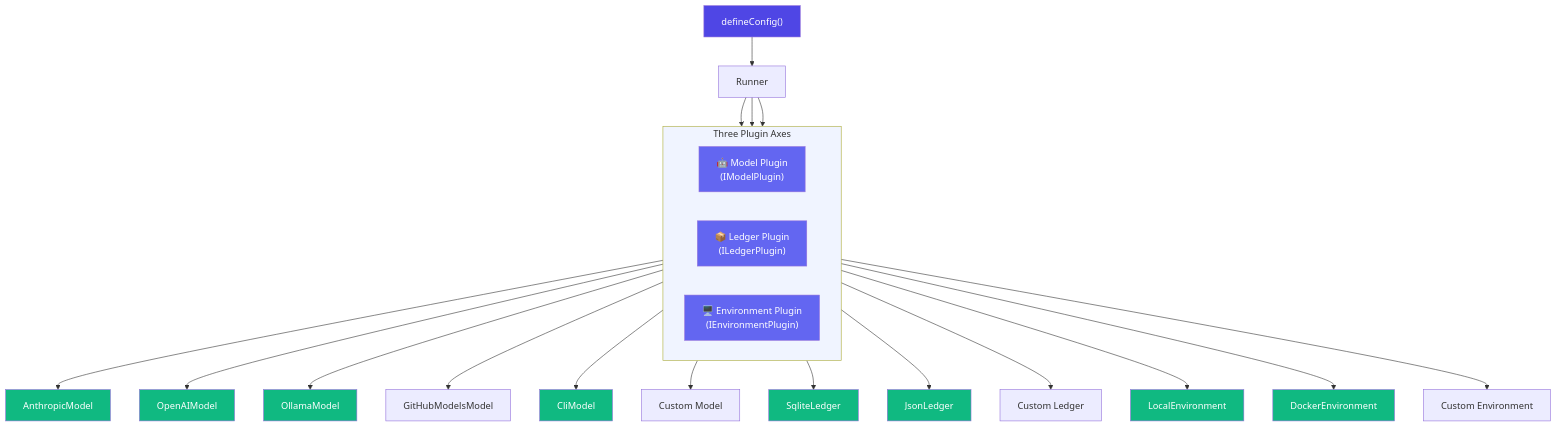
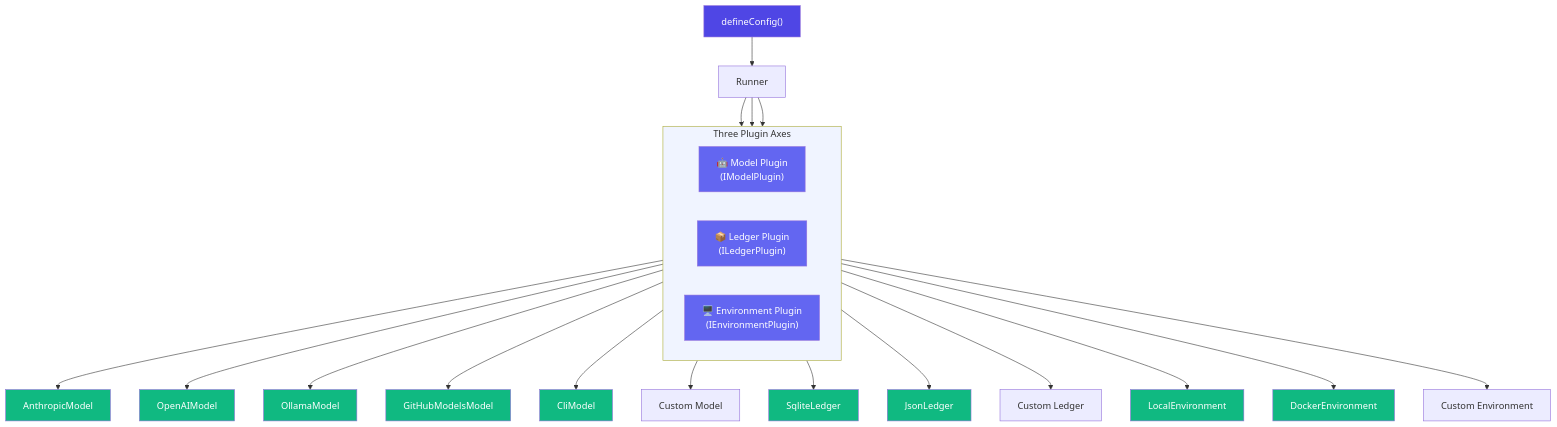
Before and after one commit to Tlahey/agent-eval: the first of 3 diagrams in apps/docs/guide/plugins.md, drawn with Mermaid. The commit also changed 22 other files, not shown here.

````diff
--- a/apps/docs/guide/plugins.md
+++ b/apps/docs/guide/plugins.md
@@ -7,44 +7,45 @@
 ```mermaid
 flowchart TB
     CONFIG["defineConfig()"] --> RUNNER["Runner"]
 
     subgraph Plugins["Three Plugin Axes"]
         direction LR
         MODEL["🤖 Model Plugin<br/>(IModelPlugin)"]
         LEDGER["📦 Ledger Plugin<br/>(ILedgerPlugin)"]
         ENV["🖥️ Environment Plugin<br/>(IEnvironmentPlugin)"]
     end
 
     RUNNER --> MODEL
     RUNNER --> LEDGER
     RUNNER --> ENV
 
     MODEL --> AN["AnthropicModel"]
     MODEL --> OA["OpenAIModel"]
     MODEL --> OL["OllamaModel"]
     MODEL --> GH["GitHubModelsModel"]
     MODEL --> CL["CliModel"]
     MODEL --> CM["Custom Model"]
 
     LEDGER --> SQ["SqliteLedger"]
     LEDGER --> JS["JsonLedger"]
     LEDGER --> CU["Custom Ledger"]
 
     ENV --> LE["LocalEnvironment"]
     ENV --> DE["DockerEnvironment"]
     ENV --> CE["Custom Environment"]
 
     style CONFIG fill:#4f46e5,color:#fff
     style Plugins fill:#f0f4ff
     style MODEL fill:#6366f1,color:#fff
     style LEDGER fill:#6366f1,color:#fff
     style ENV fill:#6366f1,color:#fff
     style AN fill:#10b981,color:#fff
     style OA fill:#10b981,color:#fff
     style OL fill:#10b981,color:#fff
+    style GH fill:#10b981,color:#fff
     style CL fill:#10b981,color:#fff
     style SQ fill:#10b981,color:#fff
     style JS fill:#10b981,color:#fff
     style LE fill:#10b981,color:#fff
     style DE fill:#10b981,color:#fff
 ```
````
